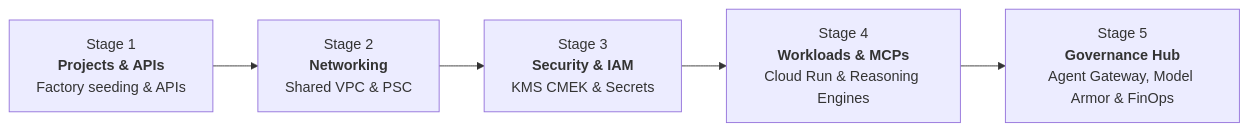
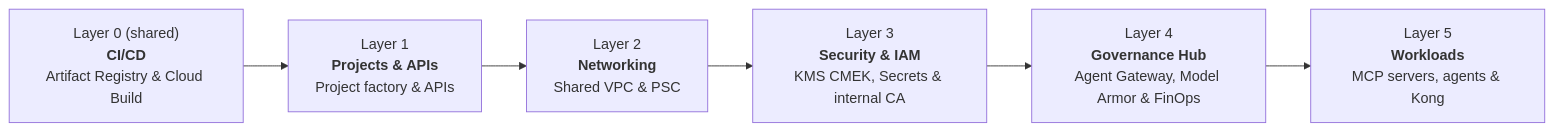
Before and after one commit to google/esmeralda: the second of 2 diagrams in docs/README.md, drawn with Mermaid. The commit also changed other lines of this file and 75 other files, not shown here.

First line of the commit message:
refactor: use "layer" instead of "stage" throughout

````diff
--- a/docs/README.md
+++ b/docs/README.md
@@ -87,7 +87,8 @@
 ```mermaid
 flowchart LR
-    S1["Stage 1<br/><b>Projects & APIs</b><br/>Factory seeding & APIs"] --> S2["Stage 2<br/><b>Networking</b><br/>Shared VPC & PSC"]
-    S2 --> S3["Stage 3<br/><b>Security & IAM</b><br/>KMS CMEK & Secrets"]
-    S3 --> S4["Stage 4<br/><b>Workloads & MCPs</b><br/>Cloud Run & Reasoning Engines"]
-    S4 --> S5["Stage 5<br/><b>Governance Hub</b><br/>Agent Gateway, Model Armor & FinOps"]
+    L0["Layer 0 (shared)<br/><b>CI/CD</b><br/>Artifact Registry & Cloud Build"] --> L1["Layer 1<br/><b>Projects & APIs</b><br/>Project factory & APIs"]
+    L1 --> L2["Layer 2<br/><b>Networking</b><br/>Shared VPC & PSC"]
+    L2 --> L3["Layer 3<br/><b>Security & IAM</b><br/>KMS CMEK, Secrets & internal CA"]
+    L3 --> L4["Layer 4<br/><b>Governance Hub</b><br/>Agent Gateway, Model Armor & FinOps"]
+    L4 --> L5["Layer 5<br/><b>Workloads</b><br/>MCP servers, agents & Kong"]
 ```
````
